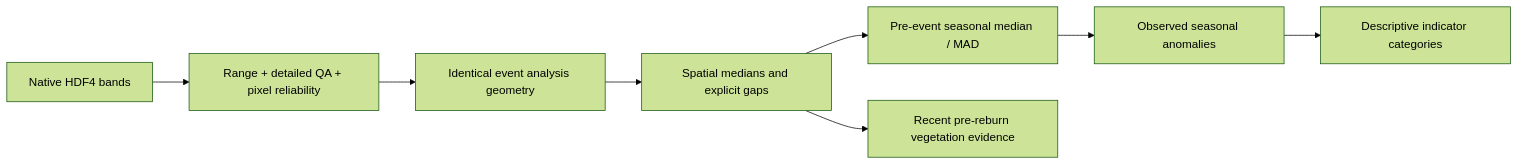
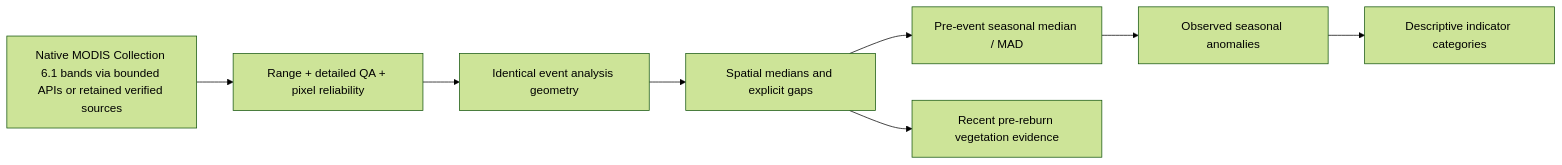
Before and after one commit to SimLag012/AfterFire: the diagram in docs/SCIENTIFIC_METHODOLOGY.md, drawn with Mermaid (forest theme). The commit also changed other lines of this file and 37 other files, not shown here.

````diff
--- a/docs/SCIENTIFIC_METHODOLOGY.md
+++ b/docs/SCIENTIFIC_METHODOLOGY.md
@@ -131,10 +134,10 @@
 ```mermaid
 flowchart LR
-  Native[Native HDF4 bands] --> QA[Range + detailed QA + pixel reliability]
+  Native[Native MODIS Collection 6.1 bands via bounded APIs or retained verified sources] --> QA[Range + detailed QA + pixel reliability]
   QA --> Area[Identical event analysis geometry]
   Area --> Median[Spatial medians and explicit gaps]
   Median --> Reference[Pre-event seasonal median / MAD]
   Reference --> Anomaly[Observed seasonal anomalies]
   Anomaly --> Status[Descriptive indicator categories]
   Median --> Later[Recent pre-reburn vegetation evidence]
 ```
````
